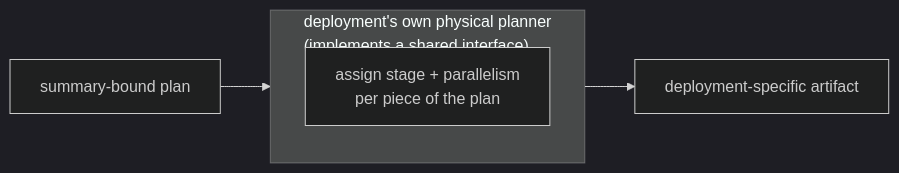
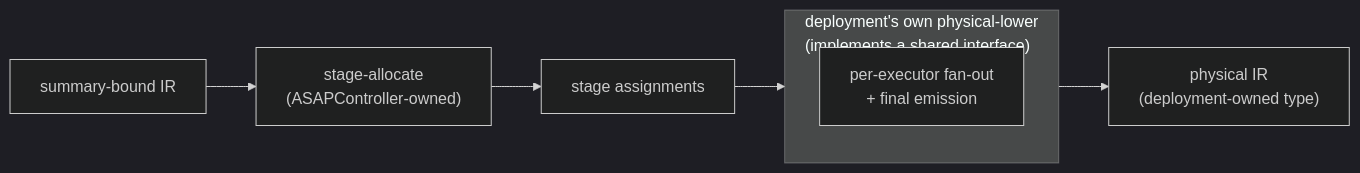
One commit to ProjectASAP/ASAPPlanner changed the fourth of 5 diagrams in docs/design.md. Above: the diagram before and after it, drawn with Mermaid (dark theme). The commit also changed other lines of this file, not shown here.

````diff
--- a/docs/design.md
+++ b/docs/design.md
@@ -139,8 +189,9 @@
 ```mermaid
 flowchart LR
-    L3N["summary-bound plan"] --> PP
-    subgraph PP["deployment's own physical planner\n(implements a shared interface)"]
-        SA["assign stage + parallelism\nper piece of the plan"]
+    L3N["summary-bound IR"] --> SA["stage-allocate\n(ASAPController-owned)"] --> SAO["stage assignments"]
+    SAO --> PP
+    subgraph PP["deployment's own physical-lower\n(implements a shared interface)"]
+        FO["per-executor fan-out\n+ final emission"]
     end
-    PP --> ART["deployment-specific artifact"]
+    PP --> ART["physical IR\n(deployment-owned type)"]
 ```
````
